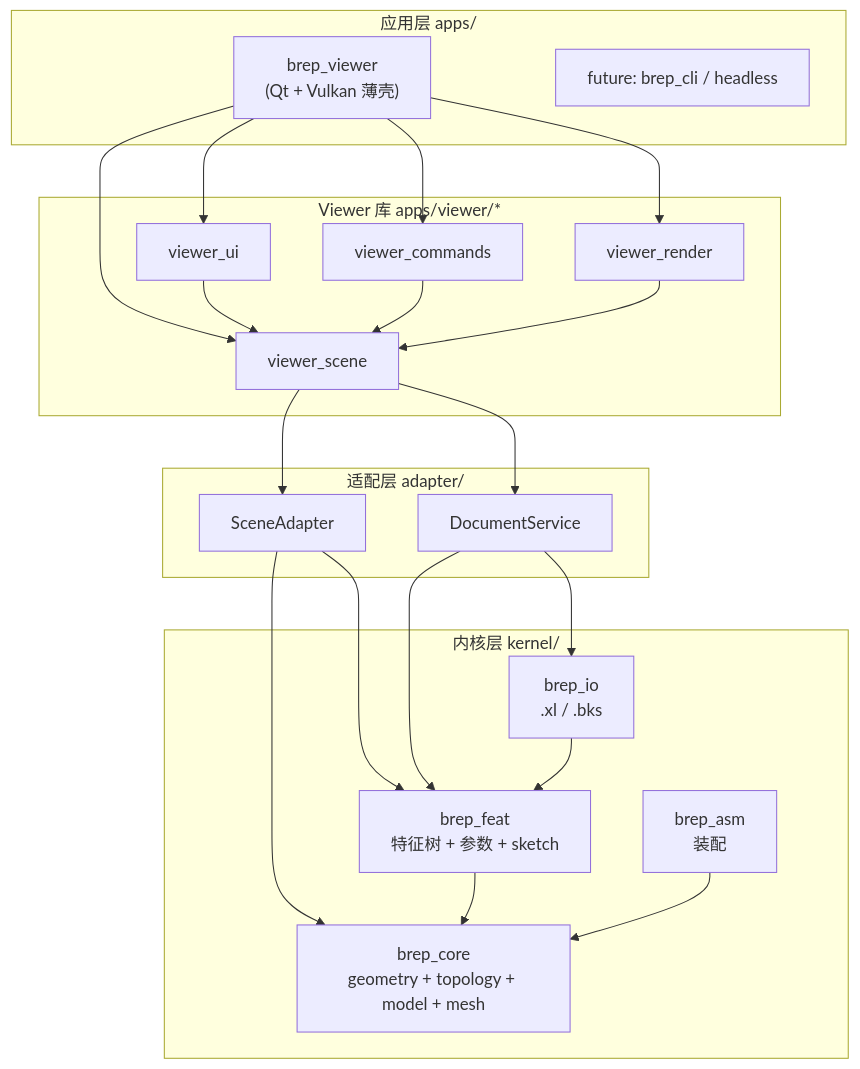
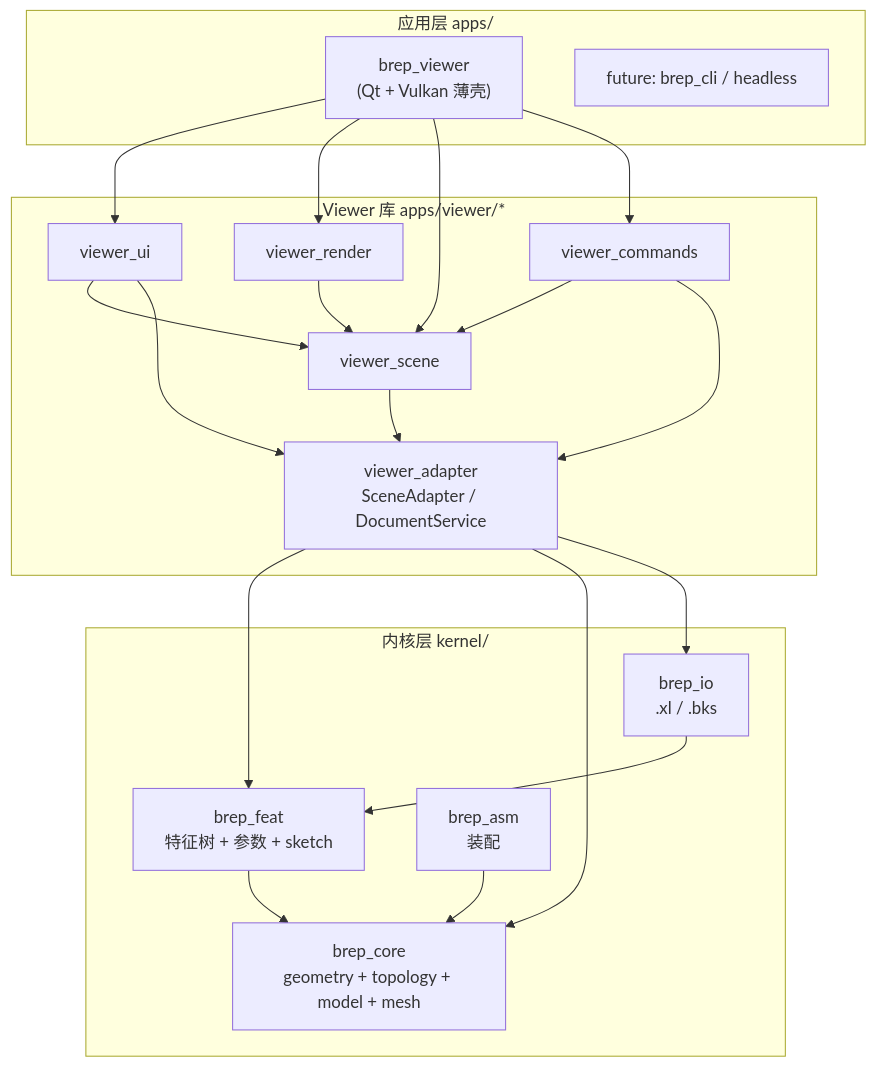
The diagram in docs/architecture/engineering-refactoring-plan.md (bergxing/brepkernelstudy), drawn with Mermaid before and after one commit. The commit also changed other lines of this file, not shown here.

````diff
--- a/docs/architecture/engineering-refactoring-plan.md
+++ b/docs/architecture/engineering-refactoring-plan.md
@@ -99,43 +106,39 @@
 ```mermaid
 flowchart TB
   subgraph apps ["应用层 apps/"]
     viewer["brep_viewer<br/>(Qt + Vulkan 薄壳)"]
     cli["future: brep_cli / headless"]
   end
 
   subgraph viewer_libs ["Viewer 库 apps/viewer/*"]
     ui["viewer_ui"]
     render["viewer_render"]
     scene["viewer_scene"]
     commands["viewer_commands"]
-  end
-
-  subgraph adapter ["适配层 adapter/"]
-    scene_adp["SceneAdapter"]
-    doc_svc["DocumentService"]
+    adapter["viewer_adapter<br/>SceneAdapter / DocumentService"]
   end
 
   subgraph kernel ["内核层 kernel/"]
     core["brep_core<br/>geometry + topology + model + mesh"]
     feat["brep_feat<br/>特征树 + 参数 + sketch"]
     io["brep_io<br/>.xl / .bks"]
     asm["brep_asm<br/>装配"]
   end
 
   viewer --> ui
   viewer --> render
   viewer --> scene
   viewer --> commands
   ui --> scene
   commands --> scene
+  commands --> adapter
   render --> scene
-  scene --> scene_adp
-  scene --> doc_svc
-  scene_adp --> feat
-  scene_adp --> core
-  doc_svc --> io
-  doc_svc --> feat
+  scene --> adapter
+  ui --> adapter
+  adapter --> feat
+  adapter --> core
+  adapter --> io
   feat --> core
   io --> feat
   asm --> core
 ```
````
